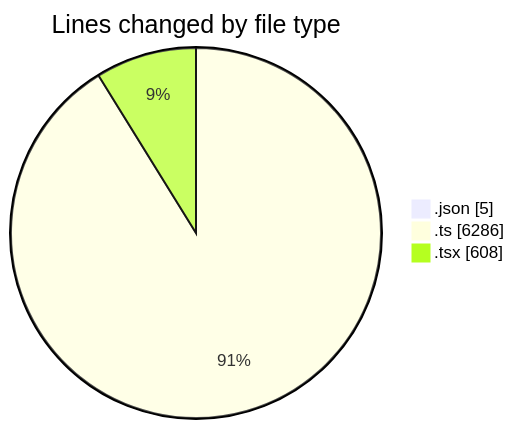
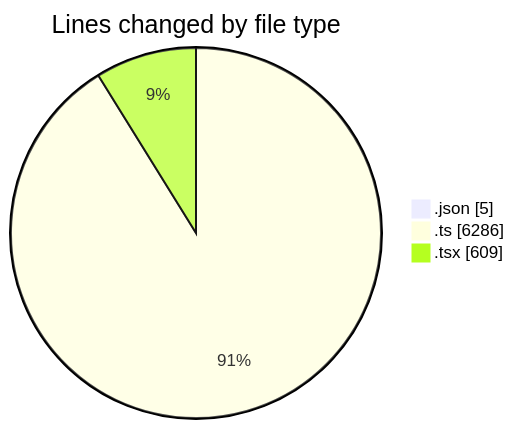
The first of 2 diagrams in 2025-05-09/ecodeli/README.md (CELIANVF/code-tracking), drawn with Mermaid before and after one commit. The commit also changed other lines of this file and 1 other file, not shown here.

````diff
--- a/2025-05-09/ecodeli/README.md
+++ b/2025-05-09/ecodeli/README.md
@@ -26,7 +26,7 @@
 ```mermaid
 pie showData
 title Lines changed by file type
 ".json" : 5
 ".ts" : 6286
-".tsx" : 608
+".tsx" : 609
 ```
````
